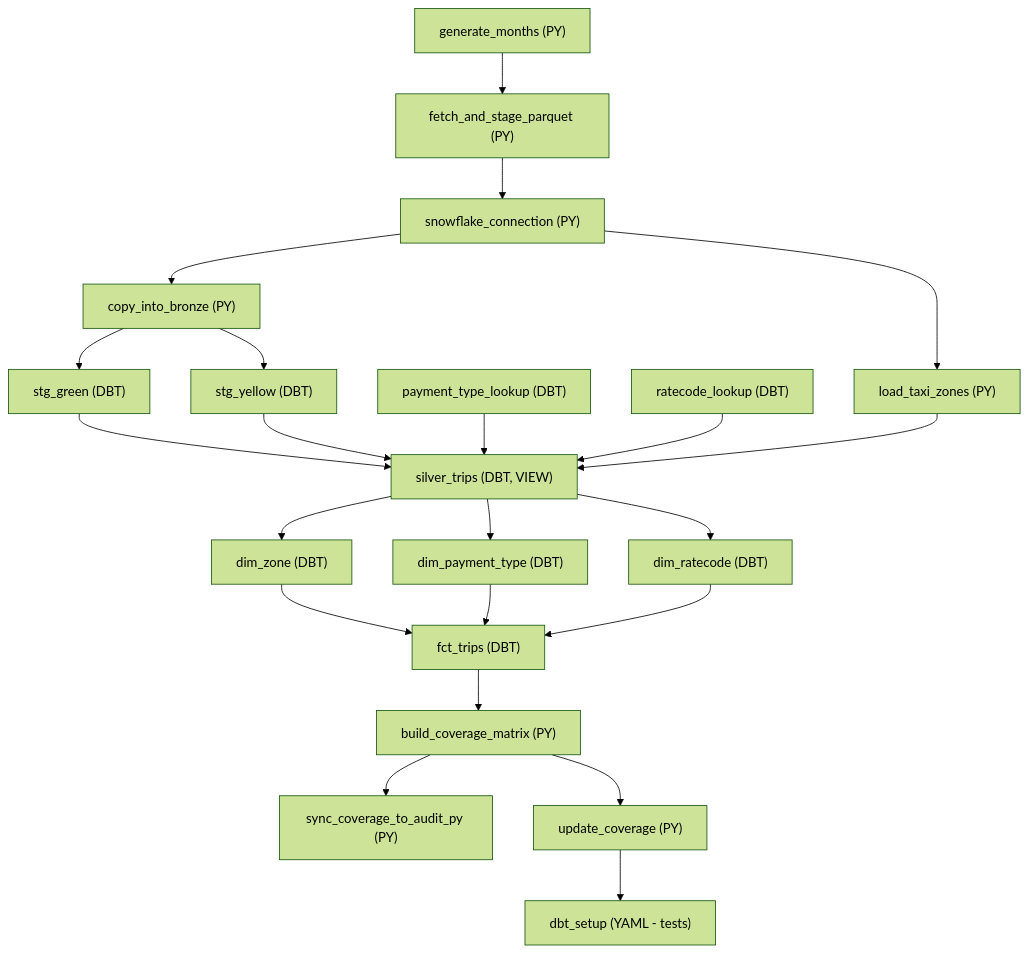
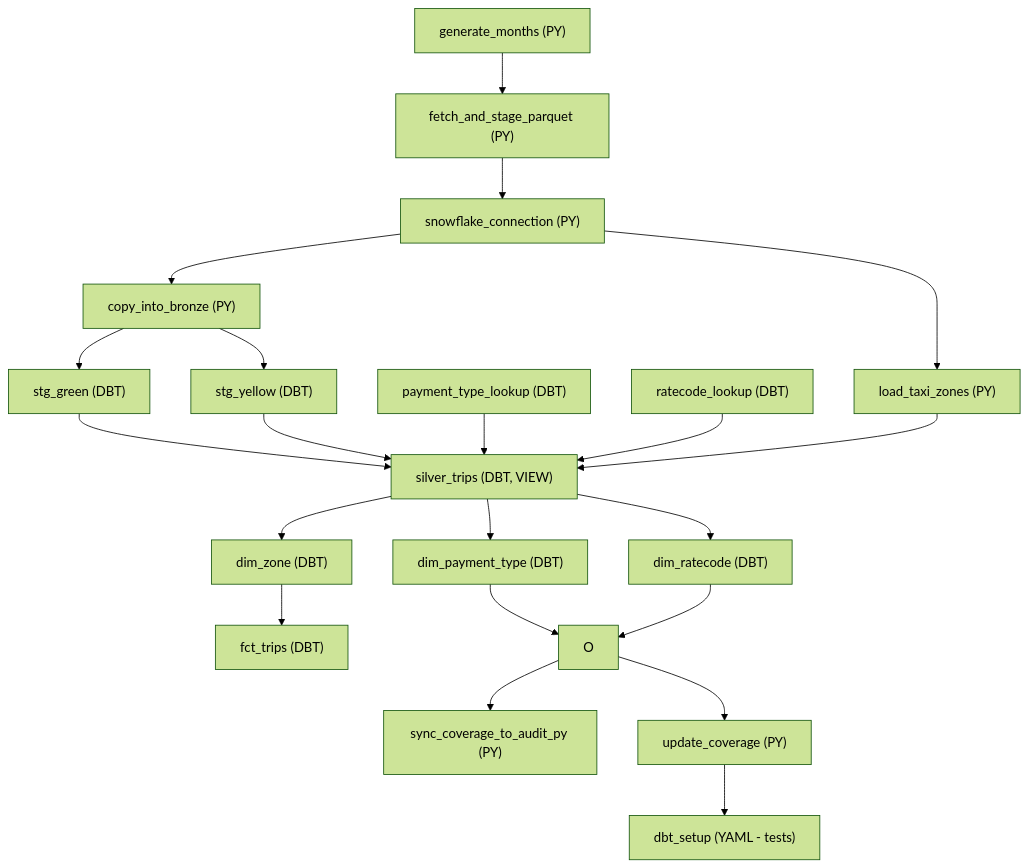
The second of 2 diagrams in docs/README.md (JACS002/nyc-tlc-pipeline), drawn with Mermaid (forest theme) before and after one commit. The commit also changed other lines of this file and 15 other files, not shown here.

````diff
--- a/docs/README.md
+++ b/docs/README.md
@@ -73,31 +72,31 @@
 ```mermaid
 flowchart TD
     A["generate_months (PY)"] --> B["fetch_and_stage_parquet (PY)"]
     B --> C["snowflake_connection (PY)"]
     C --> D["copy_into_bronze (PY)"]
     C --> E["load_taxi_zones (PY)"]
 
     D --> F["stg_green (DBT)"]
     D --> G["stg_yellow (DBT)"]
 
     F --> J["silver_trips (DBT, VIEW)"]
     G --> J
 
     H["payment_type_lookup (DBT)"] --> J
     I["ratecode_lookup (DBT)"] --> J
     E --> J
 
     J --> K["dim_zone (DBT)"]
     J --> L["dim_payment_type (DBT)"]
     J --> M["dim_ratecode (DBT)"]
 
     K --> N["fct_trips (DBT)"]
-    L --> N
-    M --> N
+    L --> O
+    M --> O
 
-    N --> O["build_coverage_matrix (PY)"]
+
     O --> P["sync_coverage_to_audit_py (PY)"]
     O --> Q["update_coverage (PY)"]
 
     Q --> R["dbt_setup (YAML - tests)"]
 ```
````
